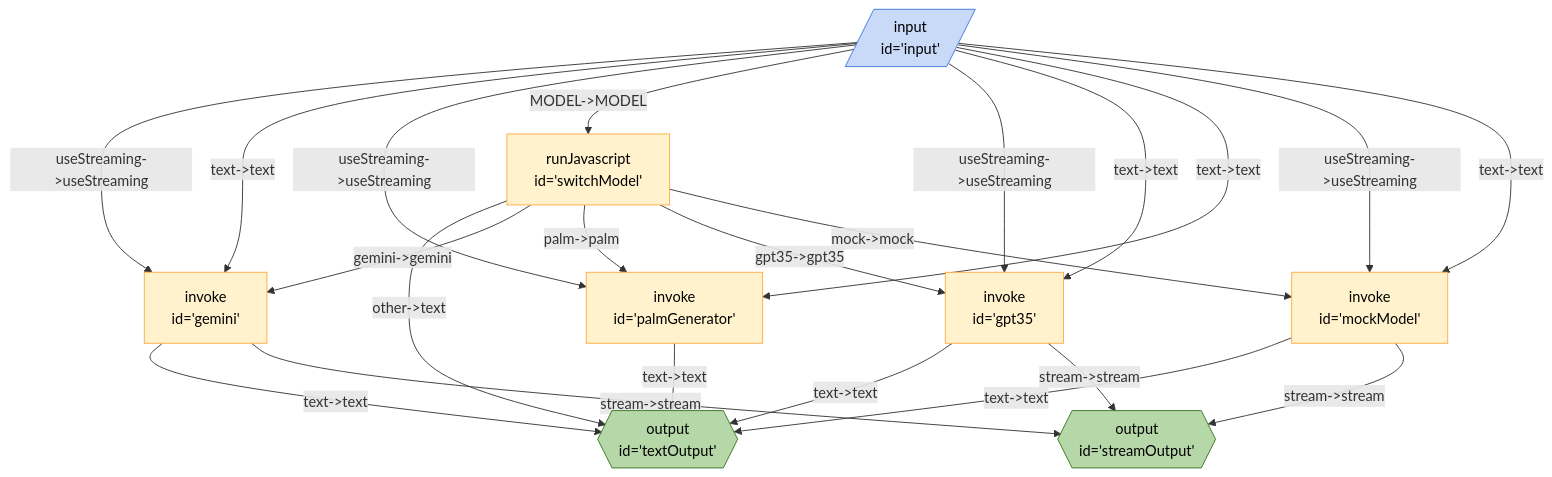
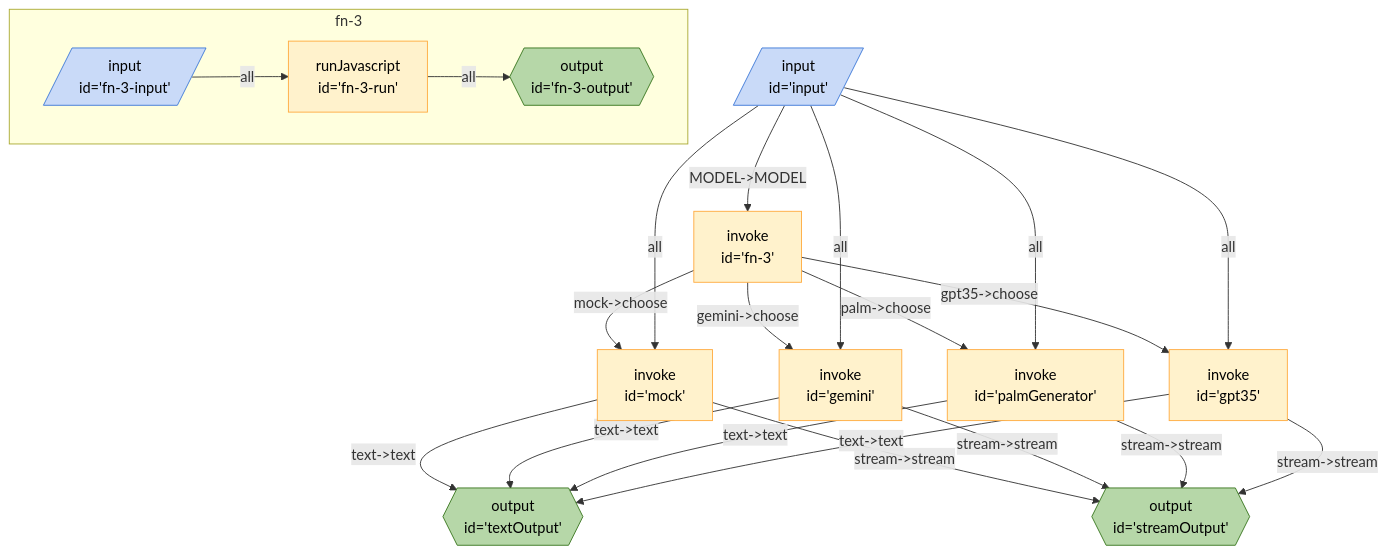
Before and after one commit to breadboard-ai/breadboard: the diagram in seeds/breadboard-web/docs/graphs/text-generator.md, drawn with Mermaid. The commit also changed 3 other files, not shown here.

Commit message:
Convert text-generator to a recipe.

````diff
--- a/seeds/breadboard-web/docs/graphs/text-generator.md
+++ b/seeds/breadboard-web/docs/graphs/text-generator.md
@@ -3,33 +3,35 @@
 ```mermaid
 %%{init: 'themeVariables': { 'fontFamily': 'Fira Code, monospace' }}%%
 graph TD;
-input[/"input <br> id='input'"/]:::input -- "useStreaming->useStreaming" --> gemini["invoke <br> id='gemini'"]
-input[/"input <br> id='input'"/]:::input -- "text->text" --> gemini["invoke <br> id='gemini'"]
+mock["invoke <br> id='mock'"] -- "text->text" --> textOutput{{"output <br> id='textOutput'"}}:::output
+mock["invoke <br> id='mock'"] -- "stream->stream" --> streamOutput{{"output <br> id='streamOutput'"}}:::output
 gemini["invoke <br> id='gemini'"] -- "text->text" --> textOutput{{"output <br> id='textOutput'"}}:::output
 gemini["invoke <br> id='gemini'"] -- "stream->stream" --> streamOutput{{"output <br> id='streamOutput'"}}:::output
-input[/"input <br> id='input'"/]:::input -- "useStreaming->useStreaming" --> palmGenerator["invoke <br> id='palmGenerator'"]
-input[/"input <br> id='input'"/]:::input -- "MODEL->MODEL" --> switchModel["runJavascript <br> id='switchModel'"]
-input[/"input <br> id='input'"/]:::input -- "useStreaming->useStreaming" --> gpt35["invoke <br> id='gpt35'"]
+palmGenerator["invoke <br> id='palmGenerator'"] -- "text->text" --> textOutput{{"output <br> id='textOutput'"}}:::output
+palmGenerator["invoke <br> id='palmGenerator'"] -- "stream->stream" --> streamOutput{{"output <br> id='streamOutput'"}}:::output
 gpt35["invoke <br> id='gpt35'"] -- "text->text" --> textOutput{{"output <br> id='textOutput'"}}:::output
-input[/"input <br> id='input'"/]:::input -- "text->text" --> gpt35["invoke <br> id='gpt35'"]
 gpt35["invoke <br> id='gpt35'"] -- "stream->stream" --> streamOutput{{"output <br> id='streamOutput'"}}:::output
-palmGenerator["invoke <br> id='palmGenerator'"] -- "text->text" --> textOutput{{"output <br> id='textOutput'"}}:::output
-input[/"input <br> id='input'"/]:::input -- "text->text" --> palmGenerator["invoke <br> id='palmGenerator'"]
-input[/"input <br> id='input'"/]:::input -- "useStreaming->useStreaming" --> mockModel["invoke <br> id='mockModel'"]
-mockModel["invoke <br> id='mockModel'"] -- "text->text" --> textOutput{{"output <br> id='textOutput'"}}:::output
-input[/"input <br> id='input'"/]:::input -- "text->text" --> mockModel["invoke <br> id='mockModel'"]
-switchModel["runJavascript <br> id='switchModel'"] -- "other->text" --> textOutput{{"output <br> id='textOutput'"}}:::output
-switchModel["runJavascript <br> id='switchModel'"] -- "gemini->gemini" --> gemini["invoke <br> id='gemini'"]
-switchModel["runJavascript <br> id='switchModel'"] -- "palm->palm" --> palmGenerator["invoke <br> id='palmGenerator'"]
-switchModel["runJavascript <br> id='switchModel'"] -- "gpt35->gpt35" --> gpt35["invoke <br> id='gpt35'"]
-switchModel["runJavascript <br> id='switchModel'"] -- "mock->mock" --> mockModel["invoke <br> id='mockModel'"]
-mockModel["invoke <br> id='mockModel'"] -- "stream->stream" --> streamOutput{{"output <br> id='streamOutput'"}}:::output
+fn3["invoke <br> id='fn-3'"] -- "mock->choose" --> mock["invoke <br> id='mock'"]
+fn3["invoke <br> id='fn-3'"] -- "gemini->choose" --> gemini["invoke <br> id='gemini'"]
+fn3["invoke <br> id='fn-3'"] -- "palm->choose" --> palmGenerator["invoke <br> id='palmGenerator'"]
+fn3["invoke <br> id='fn-3'"] -- "gpt35->choose" --> gpt35["invoke <br> id='gpt35'"]
+input[/"input <br> id='input'"/]:::input -- "MODEL->MODEL" --> fn3["invoke <br> id='fn-3'"]
+input[/"input <br> id='input'"/]:::input -- all --> mock["invoke <br> id='mock'"]
+input[/"input <br> id='input'"/]:::input -- all --> gemini["invoke <br> id='gemini'"]
+input[/"input <br> id='input'"/]:::input -- all --> palmGenerator["invoke <br> id='palmGenerator'"]
+input[/"input <br> id='input'"/]:::input -- all --> gpt35["invoke <br> id='gpt35'"]
+
+subgraph sg_fn3 [fn-3]
+fn3_fn3input[/"input <br> id='fn-3-input'"/]:::input -- all --> fn3_fn3run["runJavascript <br> id='fn-3-run'"]
+fn3_fn3run["runJavascript <br> id='fn-3-run'"] -- all --> fn3_fn3output{{"output <br> id='fn-3-output'"}}:::output
+end
+
 classDef default stroke:#ffab40,fill:#fff2ccff,color:#000
 classDef input stroke:#3c78d8,fill:#c9daf8ff,color:#000
 classDef output stroke:#38761d,fill:#b6d7a8ff,color:#000
 classDef passthrough stroke:#a64d79,fill:#ead1dcff,color:#000
 classDef slot stroke:#a64d79,fill:#ead1dcff,color:#000
 classDef config stroke:#a64d79,fill:#ead1dcff,color:#000
 classDef secrets stroke:#db4437,fill:#f4cccc,color:#000
 classDef slotted stroke:#a64d79
 ```
````
